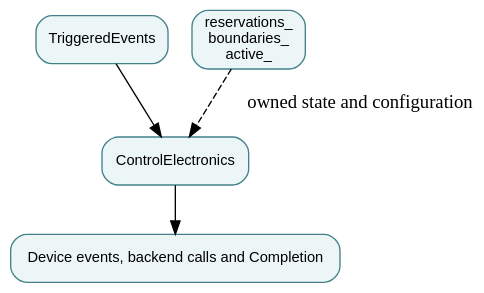
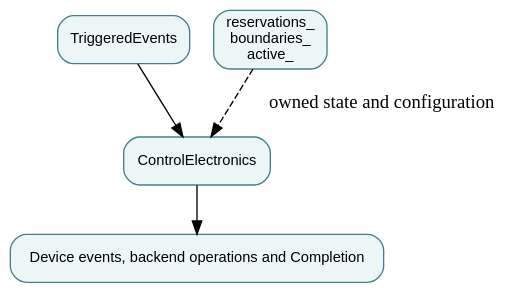
One commit to qsbit-org/qsbit-sim changed the diagram in docs/modules/control-output.md. Above: the diagram before and after it, drawn with Graphviz. The commit also changed other lines of this file and 53 other files, not shown here.

````diff
--- a/docs/modules/control-output.md
+++ b/docs/modules/control-output.md
@@ -15,11 +15,11 @@
 ```{graphviz}
 digraph module {
   rankdir=TB; bgcolor="transparent";
   node [shape=box, style="rounded,filled", fillcolor="#edf6f7", color="#43818a", fontname="sans-serif", fontsize=11];
   input [label="TriggeredEvents"];
   owner [label="ControlElectronics"];
   state [label="reservations_\nboundaries_\nactive_"];
-  output [label="Device events, backend calls and Completion"];
+  output [label="Device events, backend operations and Completion"];
   input -> owner; owner -> output; state -> owner [style=dashed, label="owned state and configuration"];
 }
 ```
````
